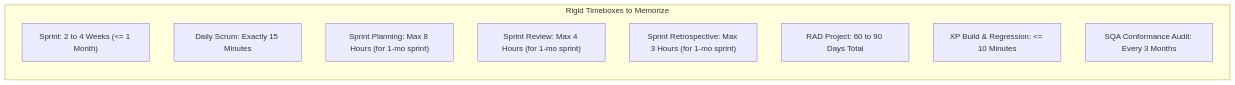
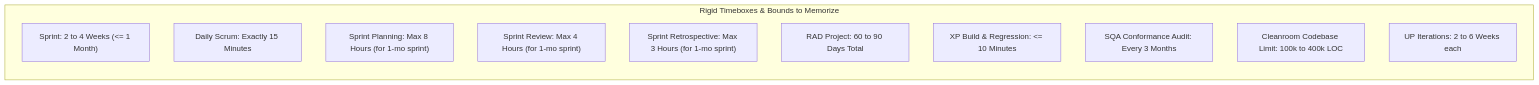
The diagram in Y2S1/CKS222 Short Notes.md (Fake1Doge/Obsidian-notes), drawn with Mermaid before and after one commit. The commit also changed other lines of this file and 1 other file, not shown here.

````diff
--- a/Y2S1/CKS222 Short Notes.md
+++ b/Y2S1/CKS222 Short Notes.md
@@ -85,14 +89,16 @@
 ```mermaid
 flowchart LR
-    subgraph Timeboxes["Rigid Timeboxes to Memorize"]
+    subgraph Timeboxes["Rigid Timeboxes & Bounds to Memorize"]
         direction TB
         T1["Sprint: 2 to 4 Weeks (<= 1 Month)"]
         T2["Daily Scrum: Exactly 15 Minutes"]
         T3["Sprint Planning: Max 8 Hours (for 1-mo sprint)"]
         T4["Sprint Review: Max 4 Hours (for 1-mo sprint)"]
         T5["Sprint Retrospective: Max 3 Hours (for 1-mo sprint)"]
         T6["RAD Project: 60 to 90 Days Total"]
         T7["XP Build & Regression: <= 10 Minutes"]
         T8["SQA Conformance Audit: Every 3 Months"]
+        T9["Cleanroom Codebase Limit: 100k to 400k LOC"]
+        T10["UP Iterations: 2 to 6 Weeks each"]
     end
 ```
````
